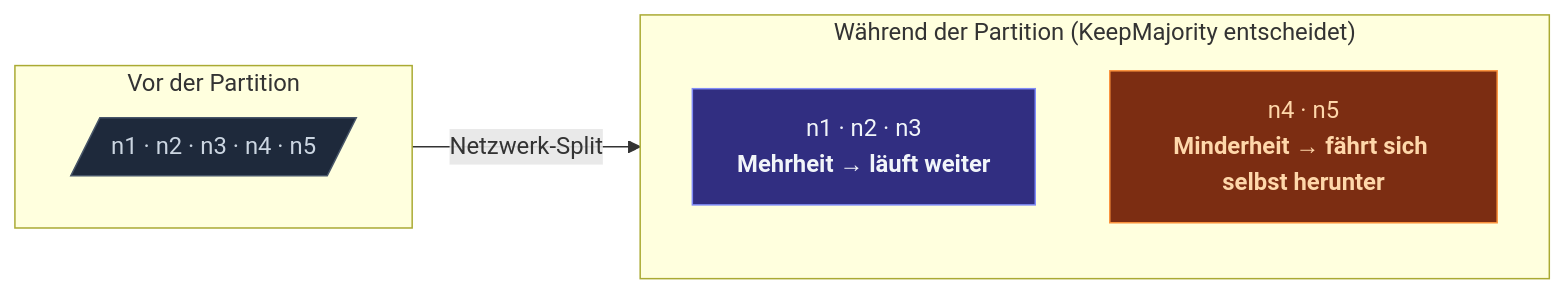
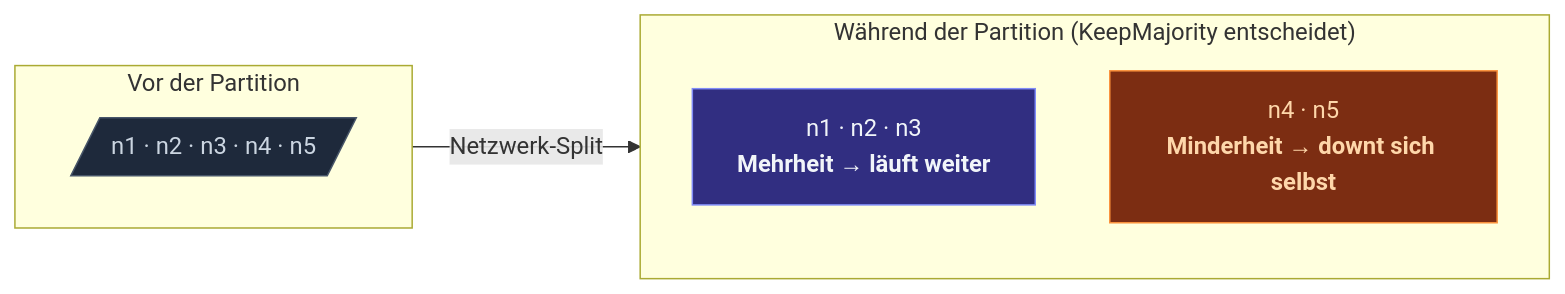
One commit to pathosDev/actor-ts changed the diagram in docs/src/content/docs/de/cluster/downing-strategies.mdx. Above: the diagram before and after it, drawn with Mermaid. The commit also changed other lines of this file and 6 other files, not shown here.

````diff
--- a/docs/src/content/docs/de/cluster/downing-strategies.mdx
+++ b/docs/src/content/docs/de/cluster/downing-strategies.mdx
@@ -18,19 +30,19 @@
 ```mermaid
 flowchart LR
   subgraph BEFORE["Vor der Partition"]
     direction LR
     B[/"n1 · n2 · n3 · n4 · n5"/]
   end
   subgraph AFTER["Während der Partition (KeepMajority entscheidet)"]
     direction TB
     MAJ["n1 · n2 · n3<br/><b>Mehrheit → läuft weiter</b>"]
-    MIN["n4 · n5<br/><b>Minderheit → fährt sich selbst herunter</b>"]
+    MIN["n4 · n5<br/><b>Minderheit → downt sich selbst</b>"]
   end
   BEFORE -- "Netzwerk-Split" --> AFTER
   classDef ok    fill:#312e81,stroke:#818cf8,color:#f1f5f9;
   classDef bad   fill:#7c2d12,stroke:#fb923c,color:#fed7aa;
   classDef neutral fill:#1e293b,stroke:#475569,color:#cbd5e1;
   class B neutral
   class MAJ ok
   class MIN bad
 ```
````
